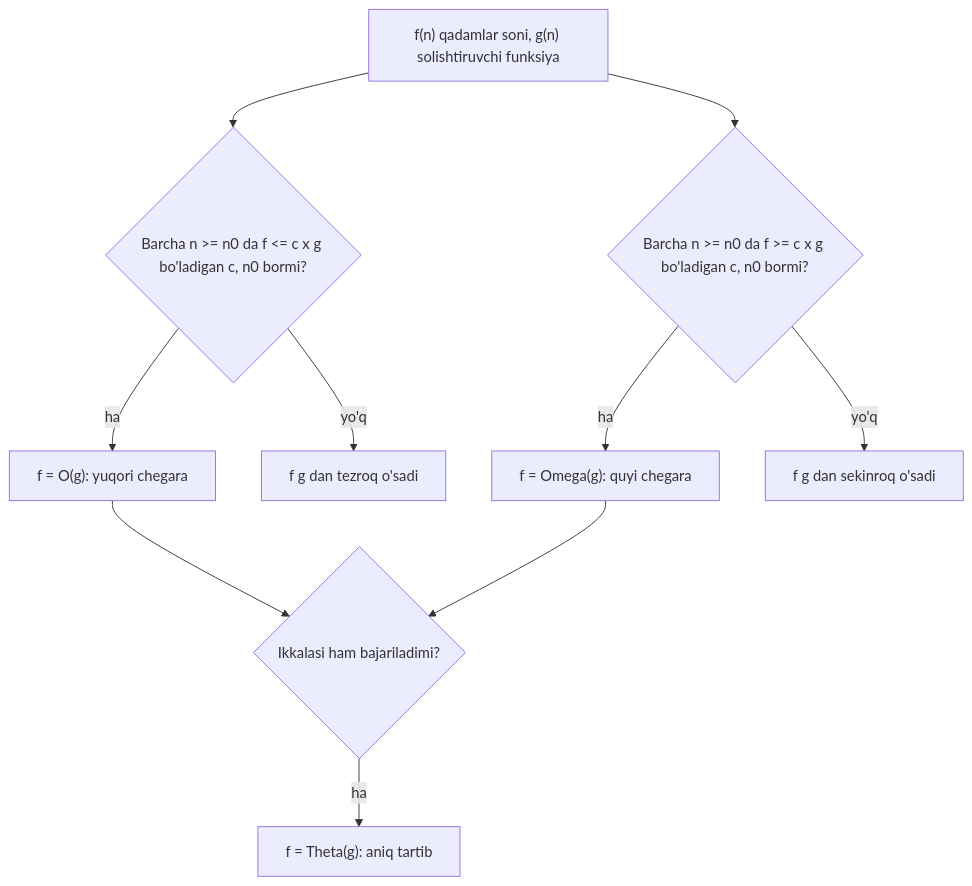
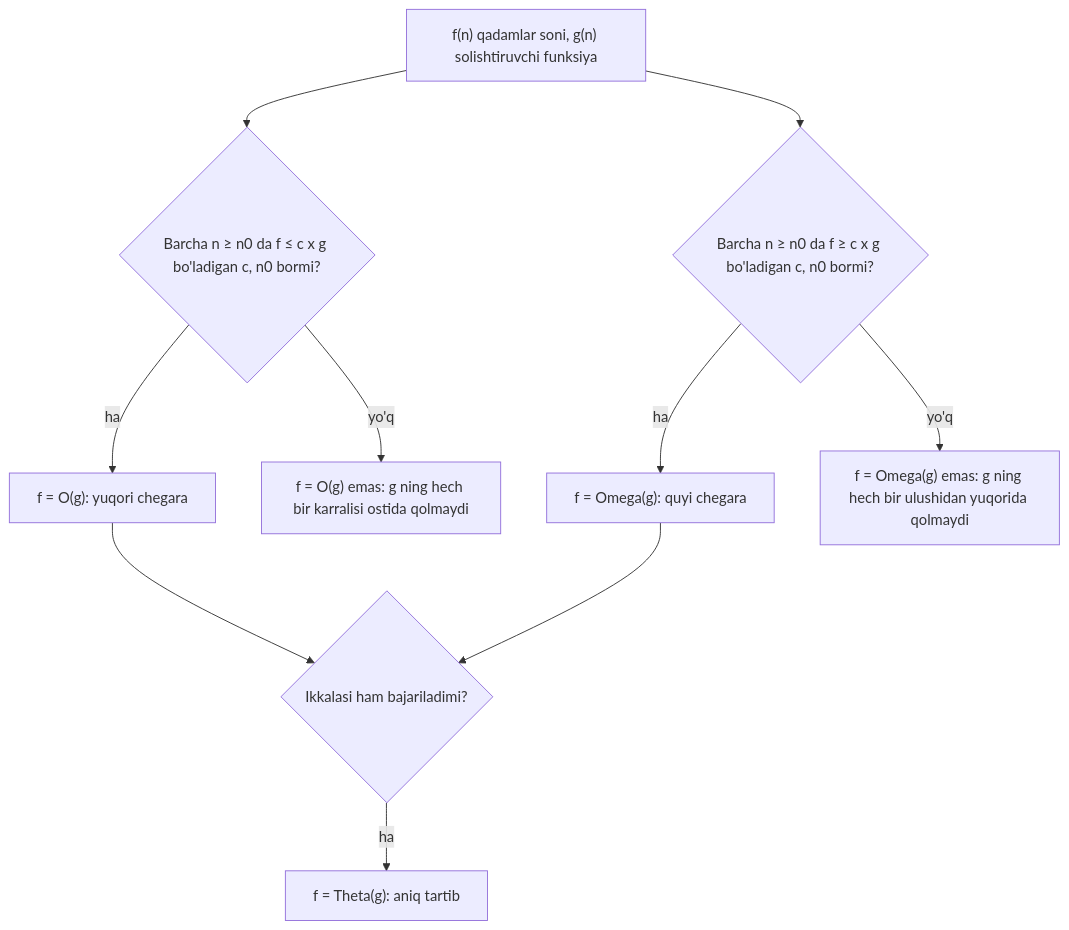
The diagram in content/cs50/016.md (khabibkhanov/courses), drawn with Mermaid before and after one commit. The commit also changed other lines of this file and 1 other file, not shown here.

Commit message:
CS50 15-16: fakt tekshiruvi tuzatishlari (lower_bound o'qishlari, overflow chegarasi, mermaid, isbot)
Claude-Session: https://claude.ai/code/session_01NHRLovhXJ1HXe1jpk59yEk

````diff
--- a/content/cs50/016.md
+++ b/content/cs50/016.md
@@ -138,12 +138,12 @@
 ```mermaid
 flowchart TD
-    A["f(n) qadamlar soni, g(n) solishtiruvchi funksiya"] --> B{"Barcha n >= n0 da f <= c x g bo'ladigan c, n0 bormi?"}
+    A["f(n) qadamlar soni, g(n) solishtiruvchi funksiya"] --> B{"Barcha n ≥ n0 da f ≤ c x g bo'ladigan c, n0 bormi?"}
     B -->|"ha"| C["f = O(g): yuqori chegara"]
-    B -->|"yo'q"| X["f g dan tezroq o'sadi"]
-    A --> D{"Barcha n >= n0 da f >= c x g bo'ladigan c, n0 bormi?"}
+    B -->|"yo'q"| X["f = O(g) emas: g ning hech bir karralisi ostida qolmaydi"]
+    A --> D{"Barcha n ≥ n0 da f ≥ c x g bo'ladigan c, n0 bormi?"}
     D -->|"ha"| E["f = Omega(g): quyi chegara"]
-    D -->|"yo'q"| Y["f g dan sekinroq o'sadi"]
+    D -->|"yo'q"| Y["f = Omega(g) emas: g ning hech bir ulushidan yuqorida qolmaydi"]
     C --> F{"Ikkalasi ham bajariladimi?"}
     E --> F
     F -->|"ha"| G["f = Theta(g): aniq tartib"]
 ```
````
